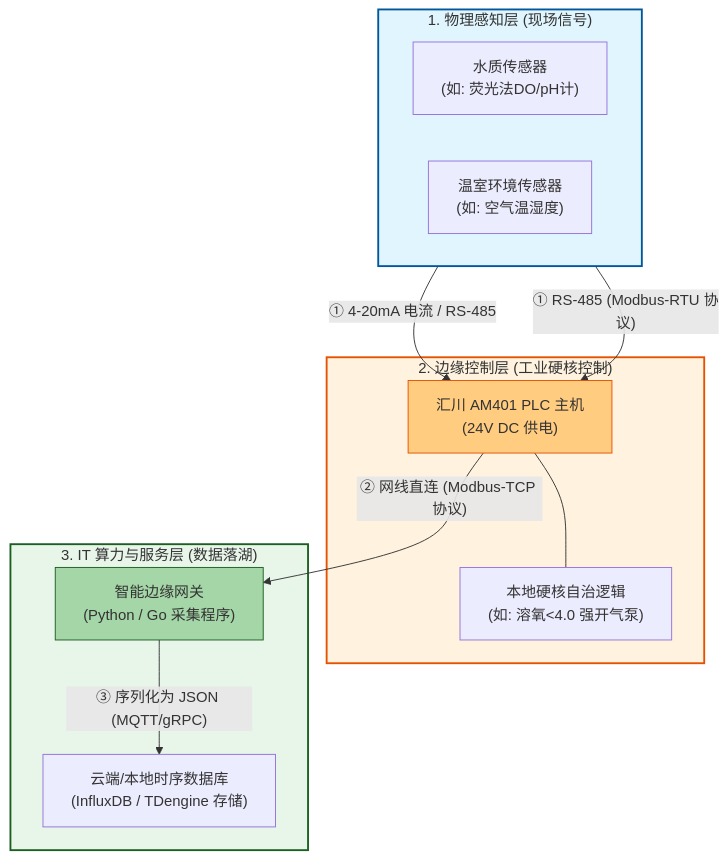
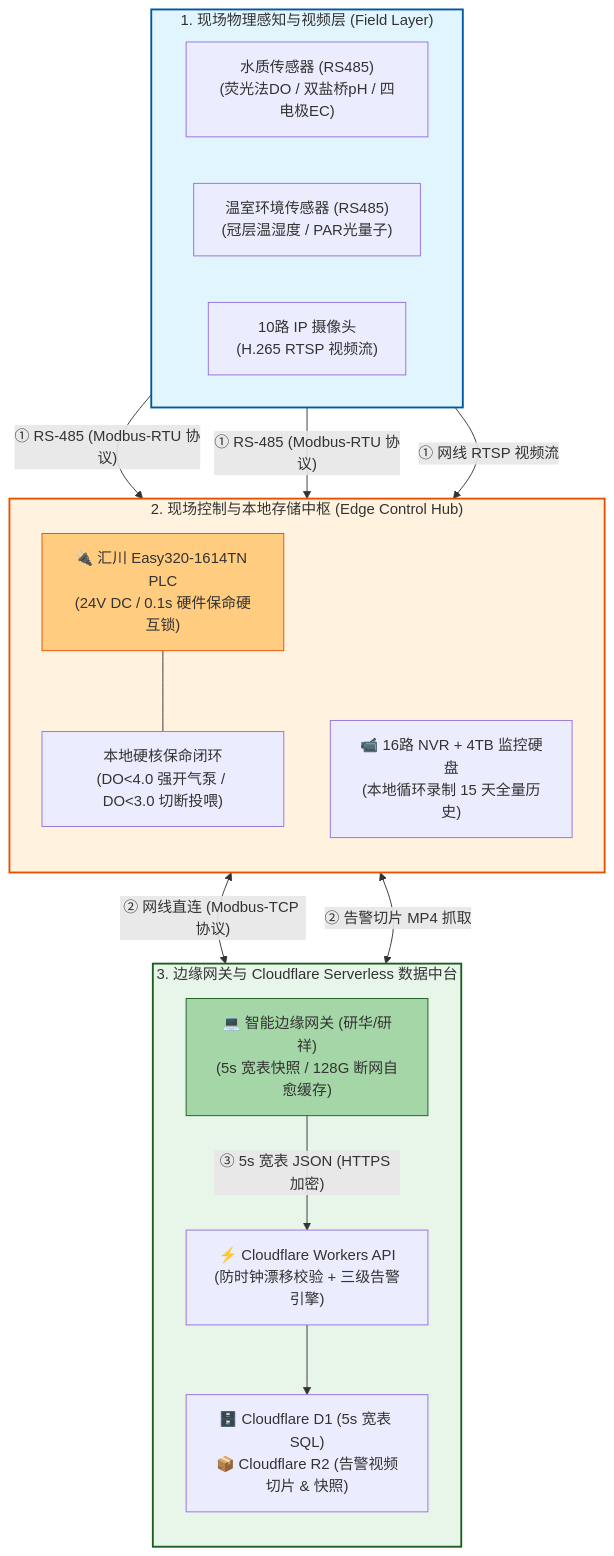
Before and after one commit to digitalboy/aquaponics: the diagram in docs/03_system_architecture/02_MVP物理与物联拓扑.md, drawn with Mermaid. The commit also changed other lines of this file and 17 other files, not shown here.

````diff
--- a/docs/03_system_architecture/02_MVP物理与物联拓扑.md
+++ b/docs/03_system_architecture/02_MVP物理与物联拓扑.md
@@ -7,37 +7,45 @@
 ```mermaid
 flowchart TD
     %% 1. 物理层 (最前线)
-    subgraph Layer1["1. 物理感知层 (现场信号)"]
+    subgraph Layer1["1. 现场物理感知与视频层 (Field Layer)"]
         direction LR
-        SensorA["水质传感器<br>(如: 荧光法DO/pH计)"]
-        SensorB["温室环境传感器<br>(如: 空气温湿度)"]
+        SensorA["水质传感器 (RS485)<br>(荧光法DO / 双盐桥pH / 四电极EC)"]
+        SensorB["温室环境传感器 (RS485)<br>(冠层温湿度 / PAR光量子)"]
+        Cams["10路 IP 摄像头<br>(H.265 RTSP 视频流)"]
     end
 
-    %% 2. 边缘控制层 (硬件保命)
-    subgraph Layer2["2. 边缘控制层 (工业硬核控制)"]
-        PLC["汇川 AM401 PLC 主机<br>(24V DC 供电)"]
-        Logic["本地硬核自治逻辑<br>(如: 溶氧<4.0 强开气泵)"]
+    %% 2. 边缘控制与本地存储层 (硬件保命与黑匣子)
+    subgraph Layer2["2. 现场控制与本地存储中枢 (Edge Control Hub)"]
+        direction TB
+        PLC["🔌 汇川 Easy320-1614TN PLC<br>(24V DC / 0.1s 硬件保命硬互锁)"]
+        NVR["📹 16路 NVR + 4TB 监控硬盘<br>(本地循环录制 15 天全量历史)"]
+        Logic["本地硬核保命闭环<br>(DO<4.0 强开气泵 / DO<3.0 切断投喂)"]
         PLC --- Logic
     end
 
-    %% 3. 数据传输与业务层 (IT/AI世界)
-    subgraph Layer3["3. IT 算力与服务层 (数据落湖)"]
-        Gateway["智能边缘网关<br>(Python / Go 采集程序)"]
-        DB["云端/本地时序数据库<br>(InfluxDB / TDengine 存储)"]
+    %% 3. 数据传输与云端服务层 (IT/AI世界)
+    subgraph Layer3["3. 边缘网关与 Cloudflare Serverless 数据中台"]
+        direction TB
+        Gateway["💻 智能边缘网关 (研华/研祥)<br>(5s 宽表快照 / 128G 断网自愈缓存)"]
+        CloudAPI["⚡ Cloudflare Workers API<br>(防时钟漂移校验 + 三级告警引擎)"]
+        DB["🗄️ Cloudflare D1 (5s 宽表 SQL)<br>📦 Cloudflare R2 (告警视频切片 & 快照)"]
+        
+        Gateway -->|"③ 5s 宽表 JSON (HTTPS 加密)"| CloudAPI
+        CloudAPI --> DB
     end
 
     %% 数据流动与通讯协议原理
-    SensorA -->|"① 4-20mA 电流 / RS-485"| PLC
+    SensorA -->|"① RS-485 (Modbus-RTU 协议)"| PLC
     SensorB -->|"① RS-485 (Modbus-RTU 协议)"| PLC
+    Cams -->|"① 网线 RTSP 视频流"| NVR
     
-    PLC -->|"② 网线直连 (Modbus-TCP 协议)"| Gateway
-    Gateway -->|"③ 序列化为 JSON (MQTT/gRPC)"| DB
+    PLC <-->|"② 网线直连 (Modbus-TCP 协议)"| Gateway
+    NVR <-->|"② 告警切片 MP4 抓取"| Gateway
 
     %% 样式美化
     style Layer1 fill:#e1f5fe,stroke:#01579b,stroke-width:2px
     style Layer2 fill:#fff3e0,stroke:#e65100,stroke-width:2px
     style Layer3 fill:#e8f5e9,stroke:#1b5e20,stroke-width:2px
     style PLC fill:#ffcc80,stroke:#e65100,stroke-width:1px
     style Gateway fill:#a5d6a7,stroke:#1b5e20,stroke-width:1px
-
 ```
````
